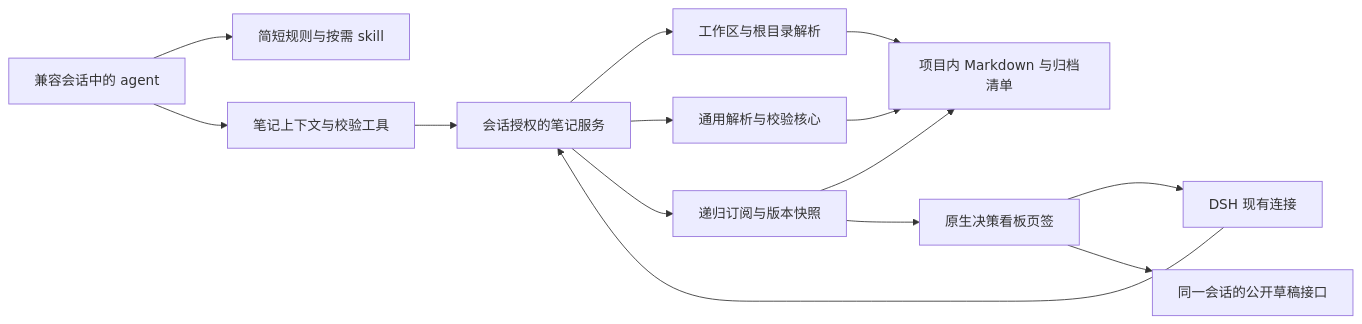
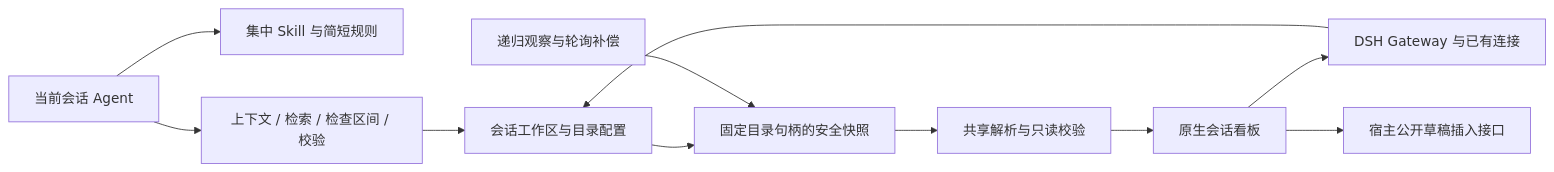
The diagram in docs/dsh-plugin/IMPLEMENT.md (DarrenIce/dsh-notes-plugin), drawn with Mermaid before and after one commit. The commit also changed other lines of this file and 4 other files, not shown here.

````diff
--- a/docs/dsh-plugin/IMPLEMENT.md
+++ b/docs/dsh-plugin/IMPLEMENT.md
@@ -12,16 +11,13 @@
 ```mermaid
 flowchart LR
-    Agent[兼容会话中的 agent] --> Policy[简短规则与按需 skill]
-    Agent --> Tools[笔记上下文与校验工具]
-    View[原生决策看板页签] --> Connection[DSH 现有连接]
-    Connection --> Service[会话授权的笔记服务]
-    Tools --> Service
-    Service --> Root[工作区与根目录解析]
-    Service --> Core[通用解析与校验核心]
-    Service --> Watch[递归订阅与版本快照]
-    Root --> Files[项目内 Markdown 与归档清单]
-    Core --> Files
-    Watch --> Files
-    Watch --> View
-    View --> Draft[同一会话的公开草稿接口]
+  Agent[当前会话 Agent] --> Skill[集中 Skill 与简短规则]
+  Agent --> Tools[上下文 / 检索 / 检查区间 / 校验]
+  View[原生会话看板] --> Gateway[DSH Gateway 与已有连接]
+  Gateway --> Resolve[会话工作区与目录配置]
+  Tools --> Resolve
+  Resolve --> Snapshot[固定目录句柄的安全快照]
+  Snapshot --> Core[共享解析与只读校验]
+  Watch[递归观察与轮询补偿] --> Snapshot
+  Core --> View
+  View --> Draft[宿主公开草稿插入接口]
 ```
````
